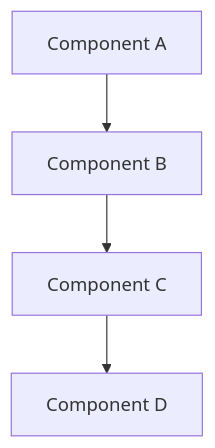
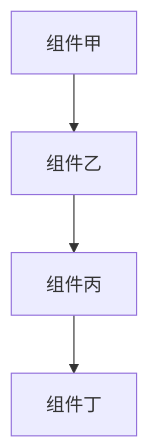
Before and after one commit to GeFlowers/easy-flow: the diagram in skills/public/github-deep-research/templates/report_template.md, drawn with Mermaid. The commit also changed other lines of this file and 678 other files, not shown here.

````diff
--- a/skills/public/github-deep-research/templates/report_template.md
+++ b/skills/public/github-deep-research/templates/report_template.md
@@ -76,6 +76,6 @@
 ```mermaid
 flowchart TD
-    A[Component A] --> B[Component B]
-    B --> C[Component C]
-    C --> D[Component D]
+    A[组件甲] --> B[组件乙]
+    B --> C[组件丙]
+    C --> D[组件丁]
 ```
````
